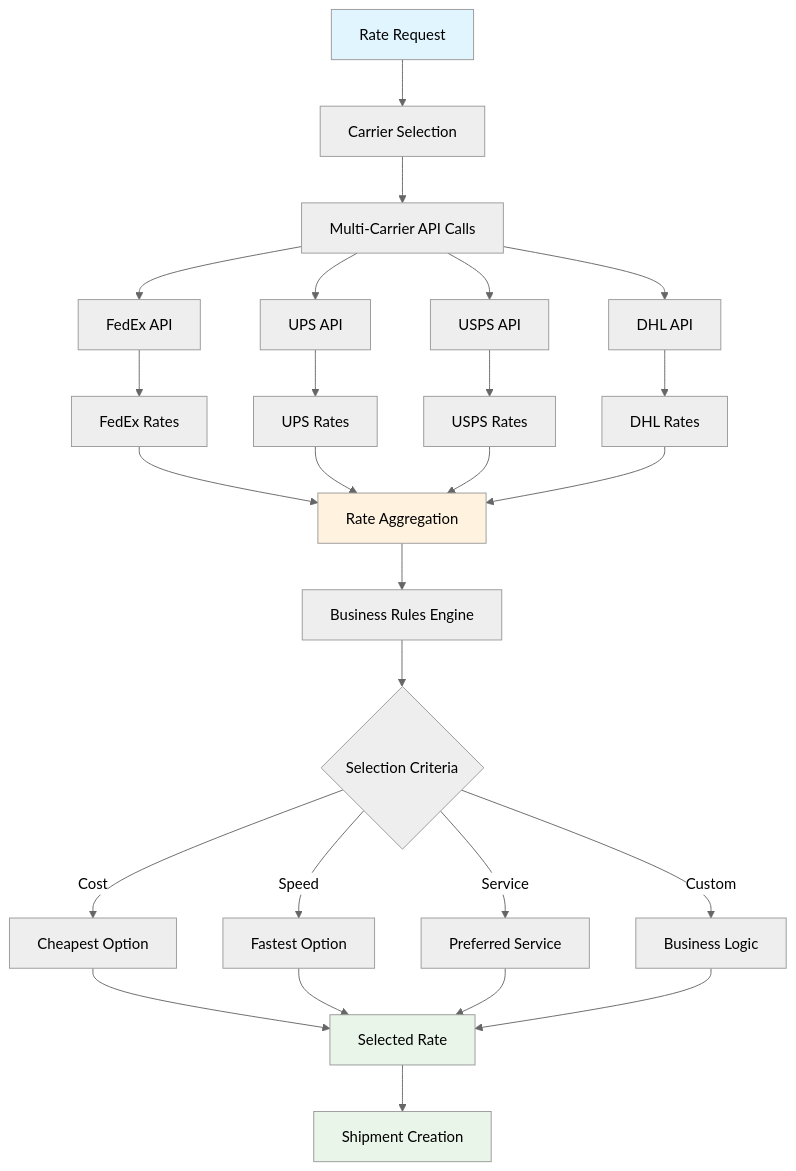
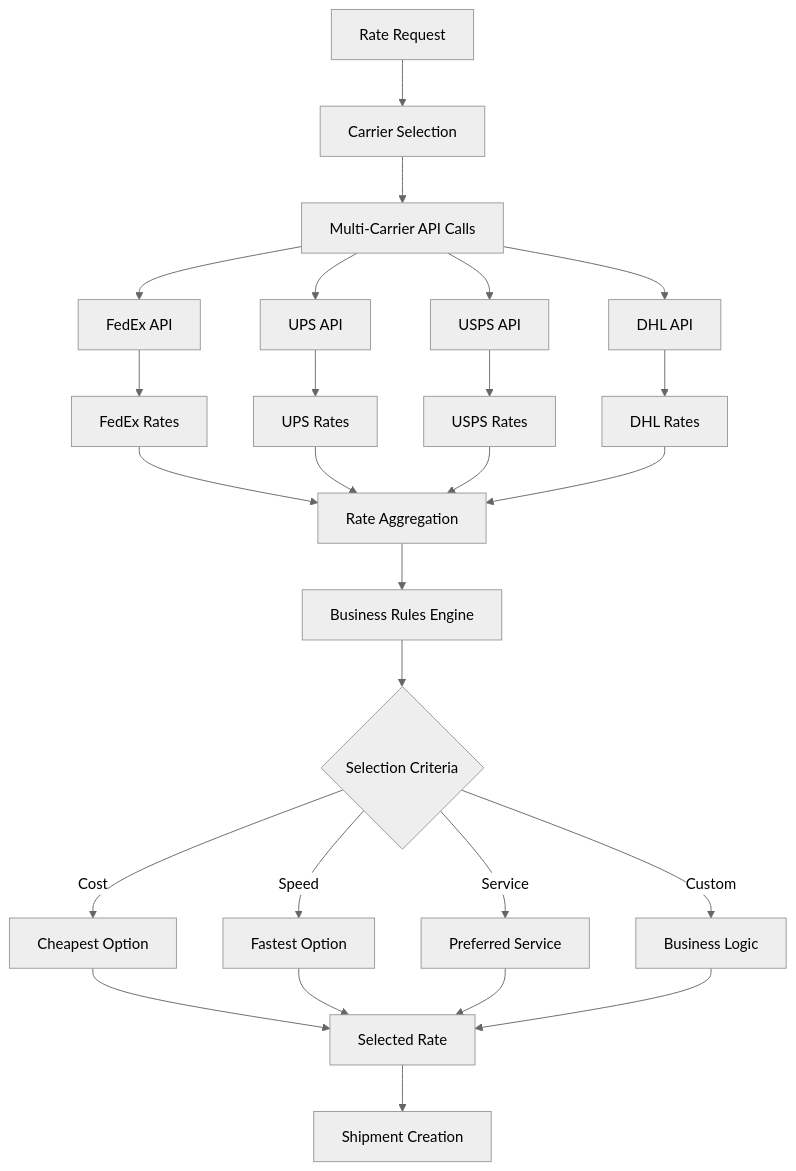
Before and after one commit to karrioapi/karrio: the diagram in apps/web/src/app/docs/products/shipping-rules/page.mdx, drawn with Mermaid (neutral theme). The commit also changed 34 other files, not shown here.

````diff
--- a/apps/web/src/app/docs/products/shipping-rules/page.mdx
+++ b/apps/web/src/app/docs/products/shipping-rules/page.mdx
@@ -77,40 +77,37 @@
 ```mermaid
 flowchart TD
     A[Rate Request] --> B[Carrier Selection]
     B --> C[Multi-Carrier API Calls]
 
     C --> D[FedEx API]
     C --> E[UPS API]
     C --> F[USPS API]
     C --> G[DHL API]
 
     D --> H[FedEx Rates]
     E --> I[UPS Rates]
     F --> J[USPS Rates]
     G --> K[DHL Rates]
 
     H --> L[Rate Aggregation]
     I --> L
     J --> L
     K --> L
 
     L --> M[Business Rules Engine]
     M --> N{Selection Criteria}
 
     N -->|Cost| O[Cheapest Option]
     N -->|Speed| P[Fastest Option]
     N -->|Service| Q[Preferred Service]
     N -->|Custom| R[Business Logic]
 
     O --> S[Selected Rate]
     P --> S
     Q --> S
     R --> S
 
     S --> T[Shipment Creation]
 
-    style A fill:#e1f5fe
-    style L fill:#fff3e0
-    style S fill:#e8f5e8
-    style T fill:#e8f5e8
+    
 ```
````
